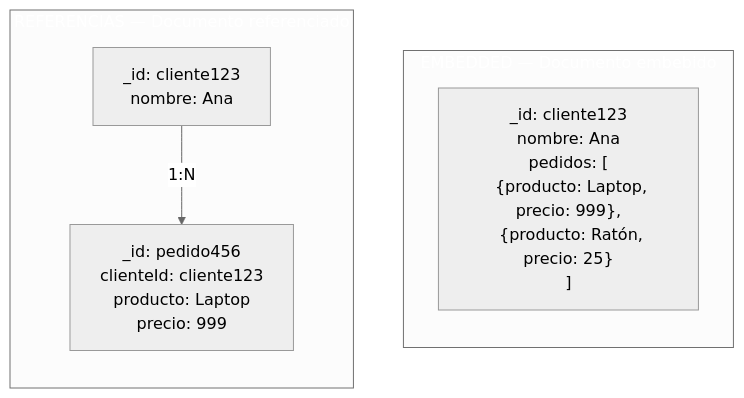
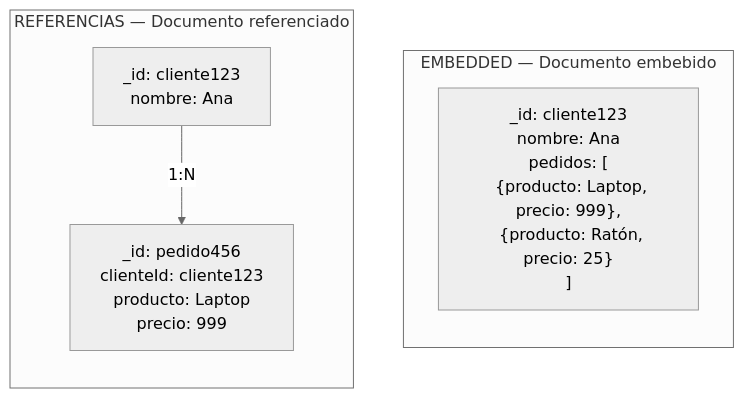
Before and after one commit to joseluisgs/DesarrolloWebEntornosServidor-01-2026-2027: the fourth of 14 diagrams in 21-sql-nosql.md, drawn with Mermaid (neutral theme). The commit also changed other lines of this file and 15 other files, not shown here.

Commit message:
docs: quitar el relleno a los subgraf de los diagramas y corregir comillas y rayas sueltas

````diff
--- a/21-sql-nosql.md
+++ b/21-sql-nosql.md
@@ -1068,17 +1063,15 @@
 ```mermaid
 graph TB
     subgraph EMBEDDED["EMBEDDED — Documento embebido"]
         direction TB
         D1["_id: cliente123<br/>nombre: Ana<br/>pedidos: [<br/>  {producto: Laptop, precio: 999},<br/>  {producto: Ratón, precio: 25}<br/>]"]
     end
 
     subgraph REFERENCIAS["REFERENCIAS — Documento referenciado"]
         direction TB
         D2["_id: cliente123<br/>nombre: Ana"]
         D3["_id: pedido456<br/>clienteId: cliente123<br/>producto: Laptop<br/>precio: 999"]
         D2 -->|"1:N"| D3
     end
 
-    style EMBEDDED fill:#4CAF5,color:#fff0,color:#fff
-    style REFERENCIAS fill:#FF980,color:#fff0,color:#fff
 ```
````
